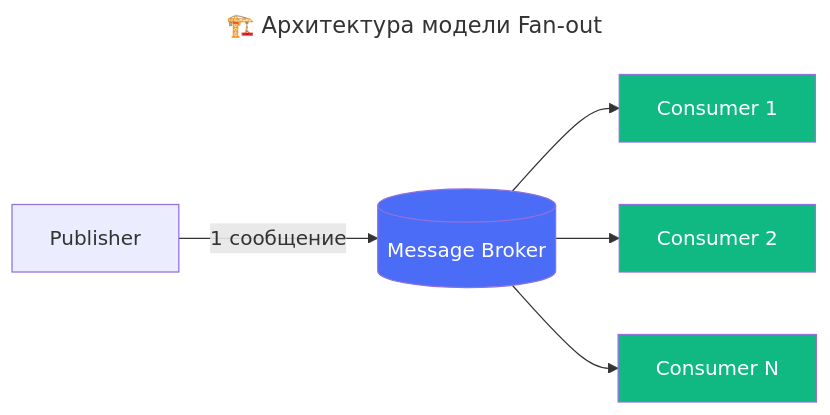
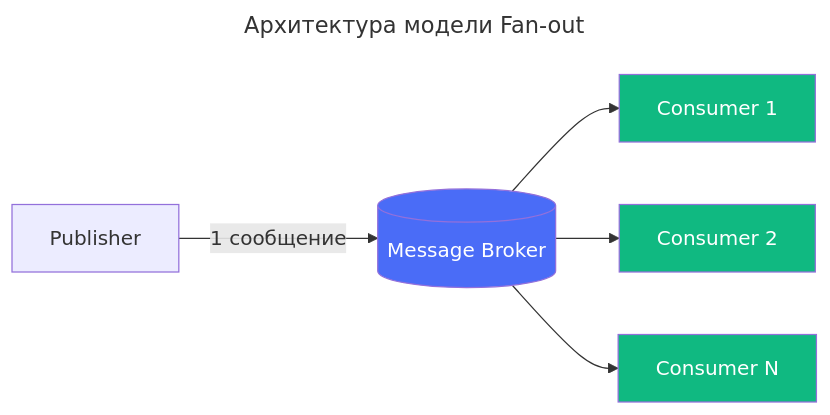
The diagram in software-engineer/pattern/microservice/fan-out.md (mrtxee/enterprise-developer-almanac), drawn with Mermaid before and after one commit. The commit also changed other lines of this file and 40 other files, not shown here.

````diff
--- a/software-engineer/pattern/microservice/fan-out.md
+++ b/software-engineer/pattern/microservice/fan-out.md
@@ -27,15 +38,15 @@
 ```mermaid
 ---
-title: 🏗️ Архитектура модели Fan-out
+title: Архитектура модели Fan-out
 ---
 flowchart LR
-    A[Publisher] -->|1 сообщение| B[(Message Broker)]
-    B --> C[Consumer 1]
-    B --> D[Consumer 2]
-    B --> E[Consumer N]
-    
-    classDef broker fill:#4a6cf7,color:white;
-    classDef consumer fill:#10b981,color:white;
-    class B broker
-    class C,D,E consumer
+  A[Publisher] -->|1 сообщение| B[(Message Broker)]
+  B --> C[Consumer 1]
+  B --> D[Consumer 2]
+  B --> E[Consumer N]
+
+  classDef broker fill:#4a6cf7,color:white;
+  classDef consumer fill:#10b981,color:white;
+  class B broker
+  class C,D,E consumer
 ```
````
